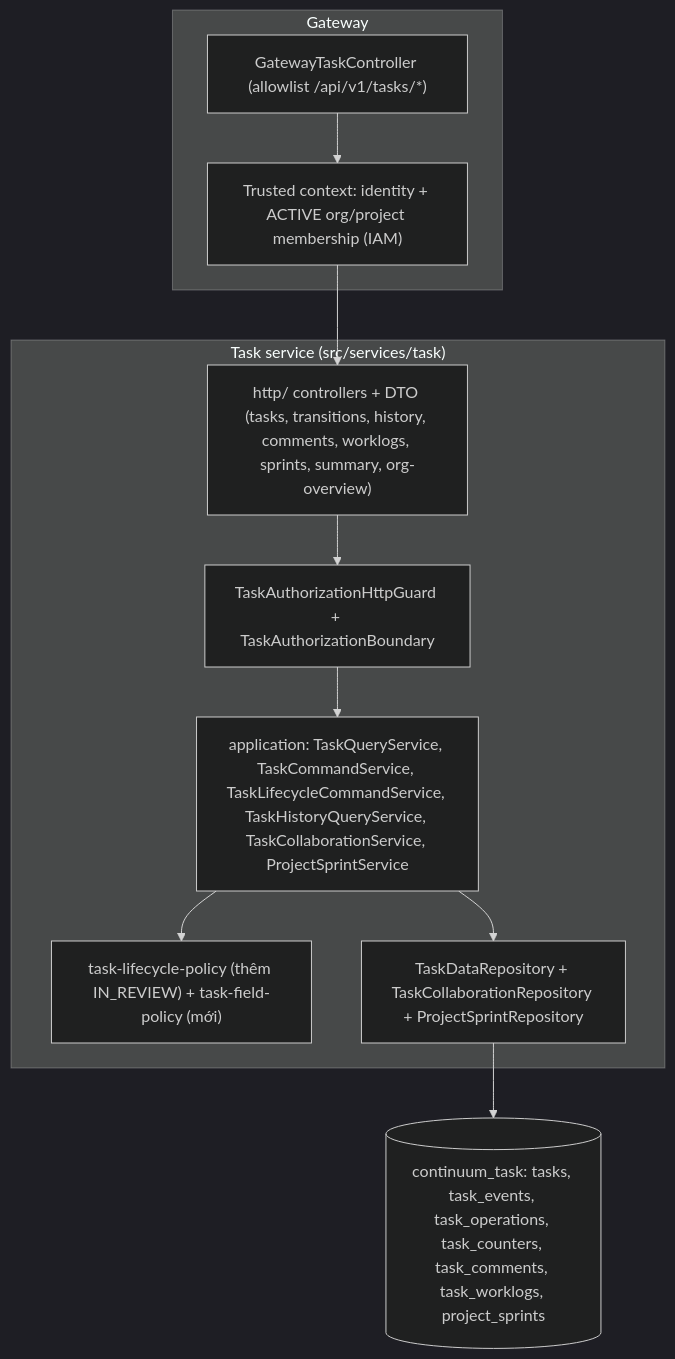
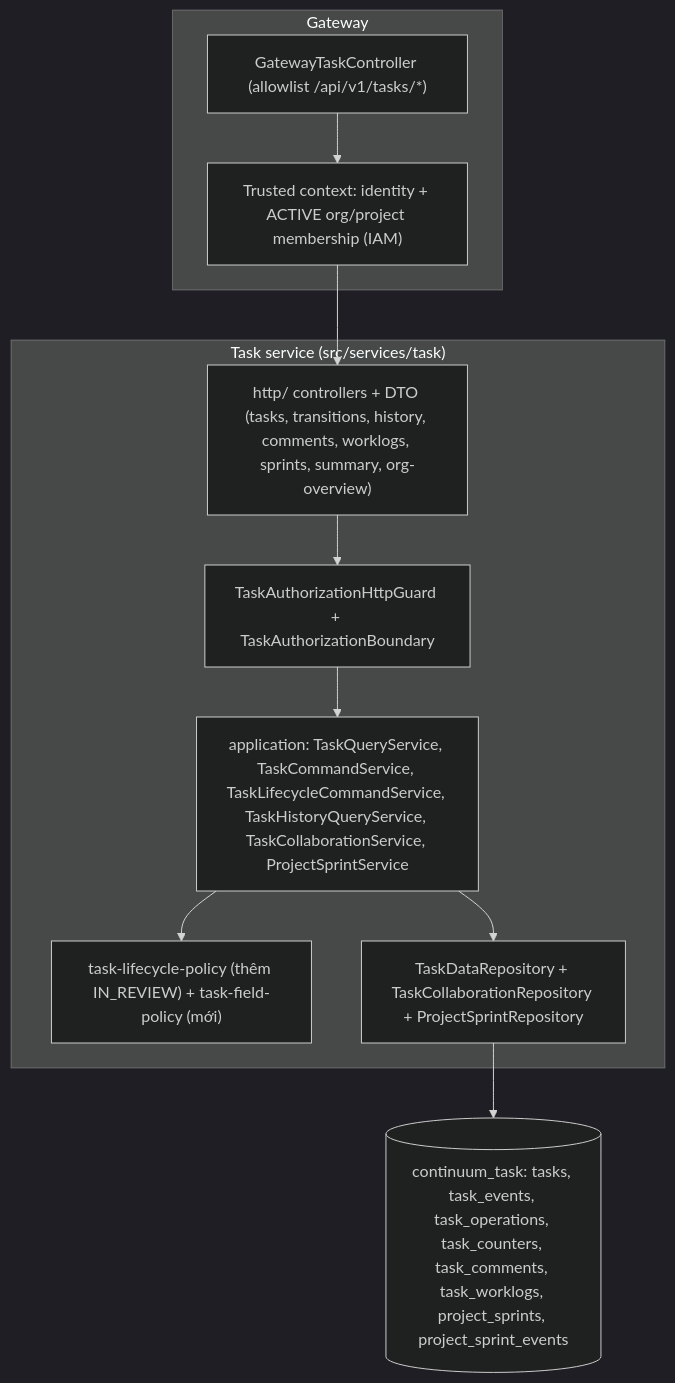
Before and after one commit to DATN-SPRING2027/DATN-BE: the second of 2 diagrams in docs/workspace/05-backend-architecture.md, drawn with Mermaid (dark theme). The commit also changed other lines of this file and 8 other files, not shown here.

Commit message:
docs(workspace): resolve Round 2 review findings on task_events validator, completeSprint history, ESR index order, and dropDatabase cleanup

````diff
--- a/docs/workspace/05-backend-architecture.md
+++ b/docs/workspace/05-backend-architecture.md
@@ -51,18 +51,18 @@
 ```mermaid
 flowchart TB
   subgraph Gateway
     GTC["GatewayTaskController (allowlist /api/v1/tasks/*)"]
     CTX["Trusted context: identity + ACTIVE org/project membership (IAM)"]
   end
   subgraph TaskService["Task service (src/services/task)"]
     HTTP["http/ controllers + DTO (tasks, transitions, history, comments, worklogs, sprints, summary, org-overview)"]
     GUARD["TaskAuthorizationHttpGuard + TaskAuthorizationBoundary"]
     APP["application: TaskQueryService, TaskCommandService, TaskLifecycleCommandService, TaskHistoryQueryService, TaskCollaborationService, ProjectSprintService"]
     POLICY["task-lifecycle-policy (thêm IN_REVIEW) + task-field-policy (mới)"]
     REPO["TaskDataRepository + TaskCollaborationRepository + ProjectSprintRepository"]
   end
-  DB[("continuum_task: tasks, task_events, task_operations, task_counters, task_comments, task_worklogs, project_sprints")]
+  DB[("continuum_task: tasks, task_events, task_operations, task_counters, task_comments, task_worklogs, project_sprints, project_sprint_events")]
   GTC --> CTX --> HTTP --> GUARD --> APP
   APP --> POLICY
   APP --> REPO --> DB
 ```
````
